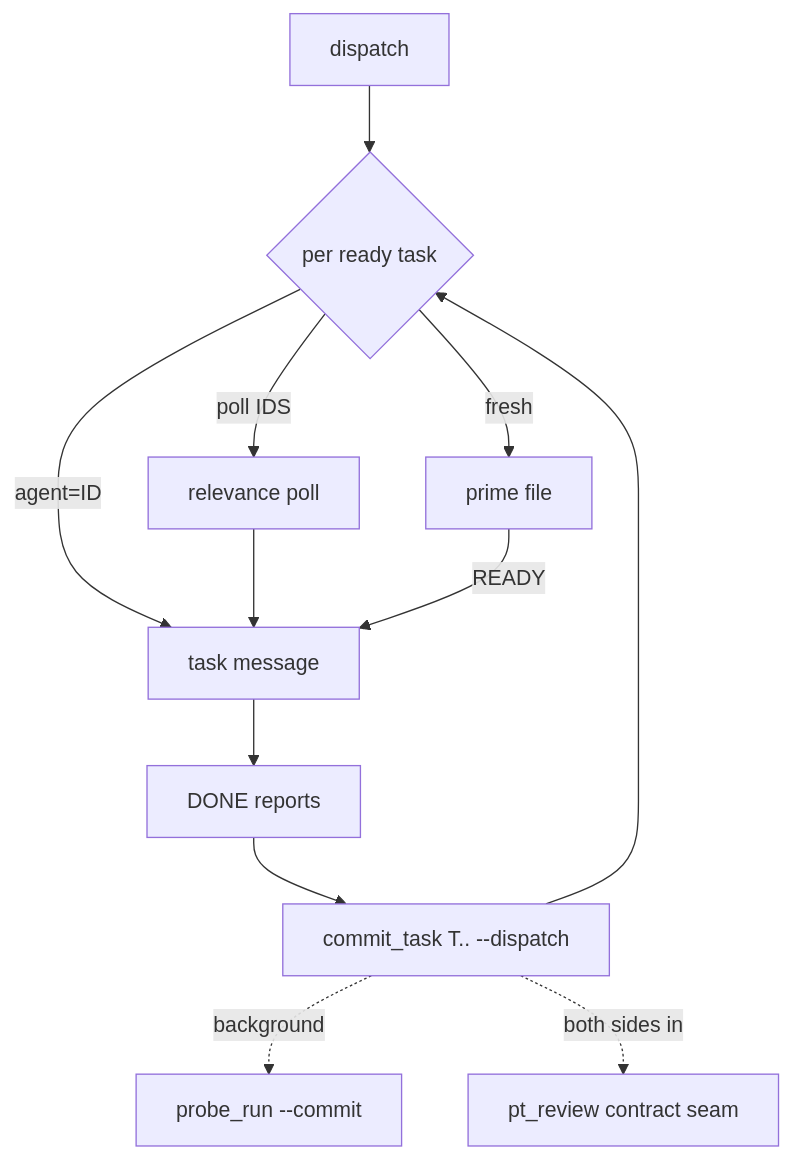
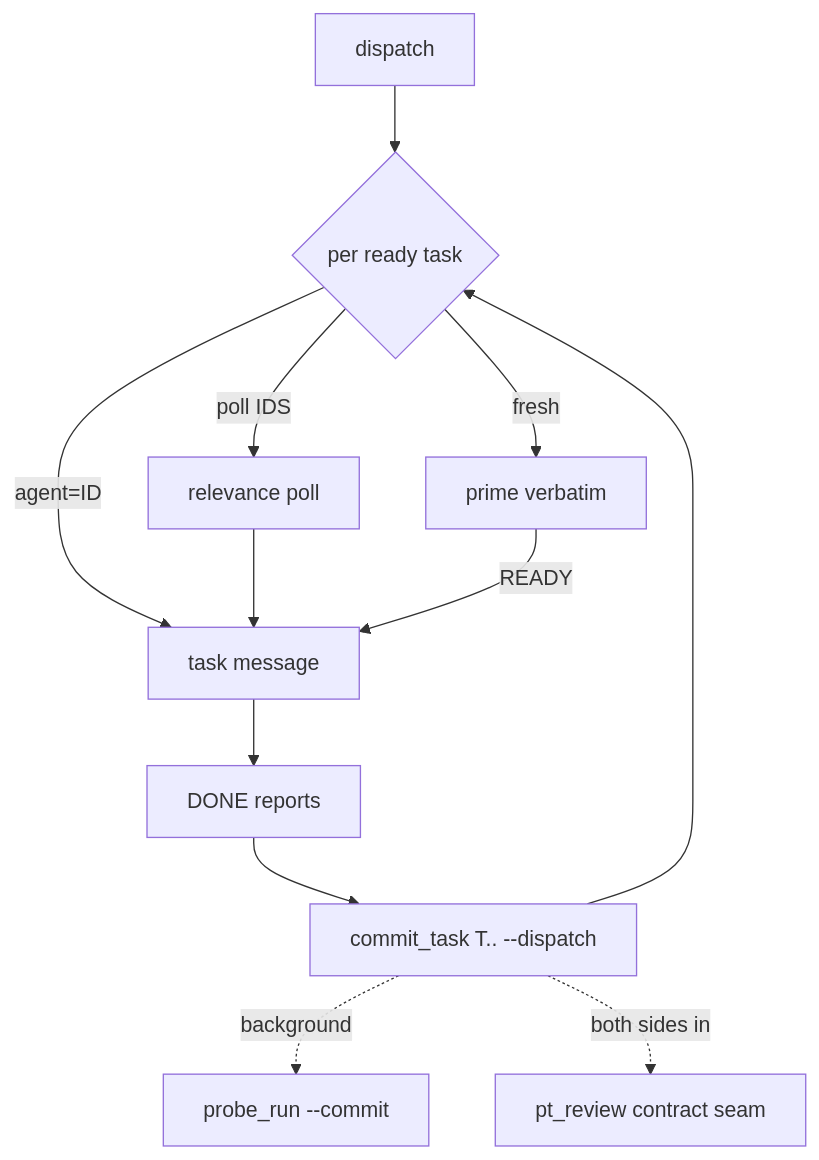
The first of 3 diagrams in skills/subagent-driven-development/SKILL.md (maxboettinger/superlite), drawn with Mermaid before and after one commit. The commit also changed other lines of this file and 38 other files, not shown here.

````diff
--- a/skills/subagent-driven-development/SKILL.md
+++ b/skills/subagent-driven-development/SKILL.md
@@ -36,10 +35,10 @@
 ```mermaid
 flowchart TB
   N[dispatch] --> A{per ready task}
   A -- agent=ID --> M[task message]
   A -- poll IDS --> Q[relevance poll] --> M
-  A -- fresh --> P[prime file] -- READY --> M
+  A -- fresh --> P[prime verbatim] -- READY --> M
   M --> D[DONE reports] --> C[commit_task T.. --dispatch] --> A
   C -. background .-> PR[probe_run --commit]
   C -. both sides in .-> SM[pt_review contract seam]
 ```
````
